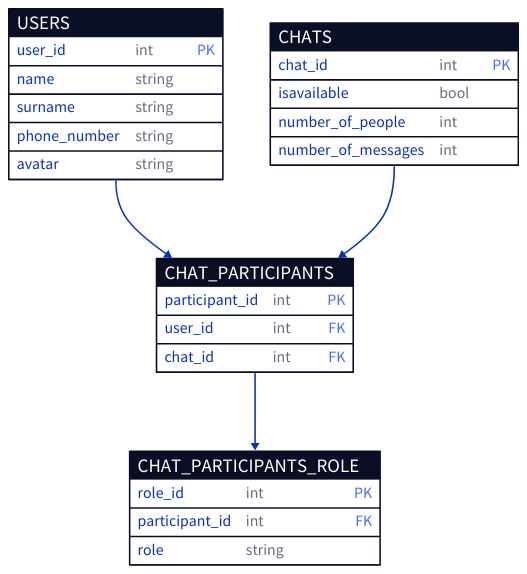
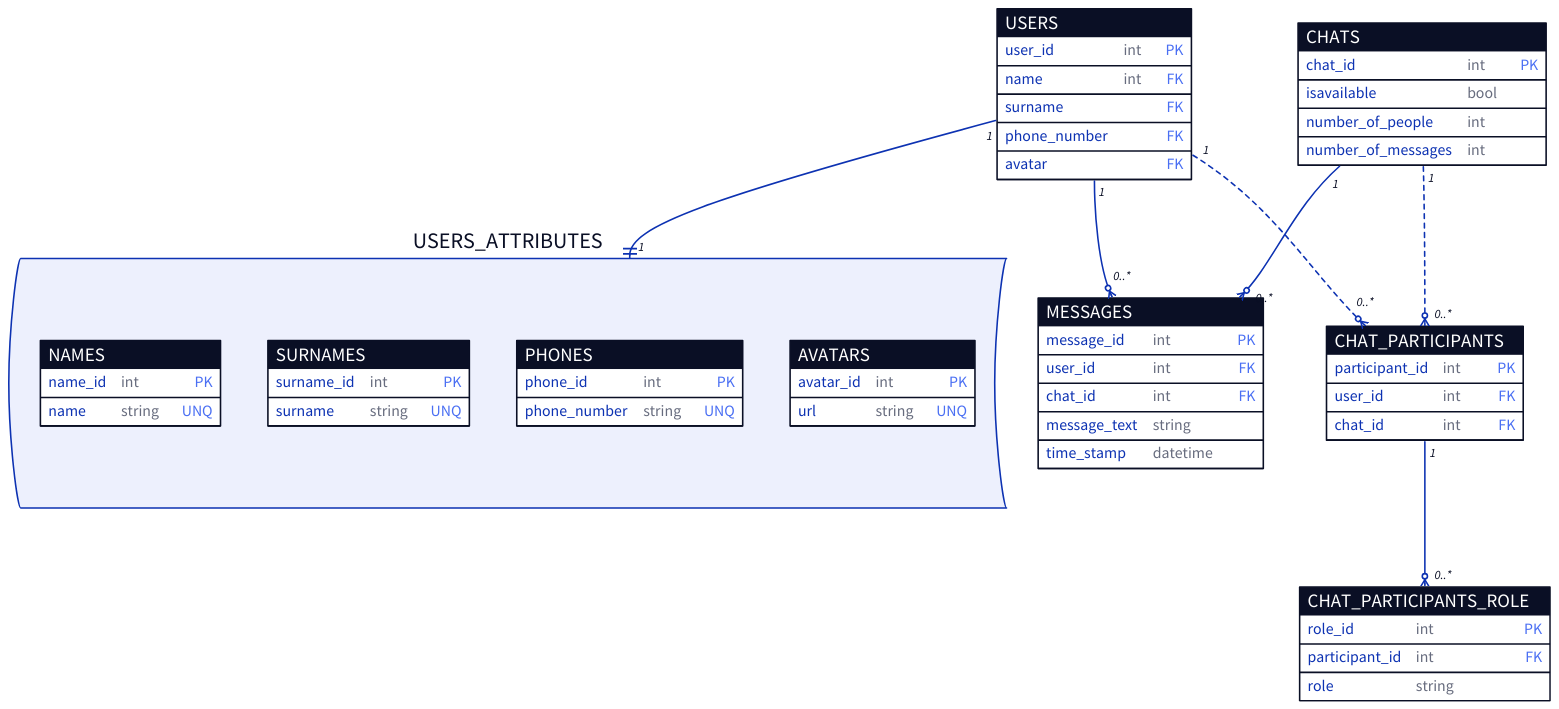
The diagram in db_schema.d2 (ArtemBatkov/SAM-Database-Messanger-Schema), drawn with D2 before and after one commit.

Commit message:
Branch #1 Version 1.0
Commit #2
What's new:
- Mostly contains schema improvements
- Added new entites
- Lines start-end type were changed. Now, more sql standard type is used

```diff
--- a/db_schema.d2
+++ b/db_schema.d2
@@ -1,48 +1,160 @@
+#MAIN ENTITIES
 USERS: {
   shape: sql_table
 
   # FIELDS
   user_id: int {constraint: primary_key}
-  name: string
-  surname: string
-  phone_number: string
-  avatar: string
+  name: int {constraint: foreign_key}
+  surname: {constraint: foreign_key}
+  phone_number: {constraint: foreign_key}
+  avatar: {constraint: foreign_key}
   # ...
 }
 
 CHATS: {
   shape: sql_table
 
   # FIELDS
   chat_id: int {constraint: primary_key}
   isavailable: bool
   number_of_people: int
   number_of_messages: int
   # ...
 }
 
 # Merged table of user-chat -- many-to-many
 CHAT_PARTICIPANTS: {
   shape: sql_table
 
   # FIELDS
   participant_id: int {constraint: primary_key}
   user_id: int {constraint: foreign_key}
   chat_id: int {constraint: foreign_key}
   # ...
 }
 
 CHAT_PARTICIPANTS_ROLE: {
   shape: sql_table
 
   role_id: int {constraint: primary_key}
   participant_id: int {constraint: foreign_key}
   role: string
 }
 
+MESSAGES: {
+  #Represents a message entity
+  shape: sql_table
+  
+  #FIELDS
+  message_id: int {constraint: primary_key}
+  user_id: int {constraint: foreign_key}
+  chat_id: int{constraint: foreign_key}
+  message_text: string
+  time_stamp: datetime
+}
 
 
-USERS -> CHAT_PARTICIPANTS
-CHATS -> CHAT_PARTICIPANTS
+# RELATIONSHIPS
 
-CHAT_PARTICIPANTS -> CHAT_PARTICIPANTS_ROLE
+USERS ->  USERS_ATTRIBUTES:{
+  source-arrowhead: 1
+  target-arrowhead: 1 {
+    shape: cf-one-required
+    style.filled: true
+  } 
+}
+
+
+ 
+USERS -> CHAT_PARTICIPANTS:{
+  style: {
+    stroke-dash: 3   
+  }
+  source-arrowhead: 1
+  target-arrowhead: 0..* {
+    shape: cf-many
+    style.filled: true    
+  } 
+}
+
+CHATS ->CHAT_PARTICIPANTS:{
+  style: {
+    stroke-dash: 3   
+  }
+  source-arrowhead: 1
+  target-arrowhead: 0..* {
+    shape: cf-many
+    style.filled: true
+  } 
+}
+
+
+CHAT_PARTICIPANTS -> CHAT_PARTICIPANTS_ROLE:{
+  source-arrowhead: 1
+  target-arrowhead: 0..* {
+    shape: cf-many
+    style.filled: true
+  } 
+}
+
+
+USERS -> MESSAGES:{
+  source-arrowhead: 1
+  target-arrowhead: 0..* {
+    shape: cf-many
+    style.filled: true
+  } 
+}
+
+ 
+ 
+
+CHATS -> MESSAGES:{
+  source-arrowhead: 1
+  target-arrowhead: 0..* {
+    shape: cf-many
+    style.filled: true
+  } 
+}
+
+# ISOLATED TABLES
+
+USERS_ATTRIBUTES: { 
+  #Kepps users attributes like name, surname, phone, avatar etc.
+  
+  shape: stored_data
+
+
+  NAMES: { 
+    #keeps the table of various names
+    shape: sql_table
+
+    name_id: int {constraint: primary_key}
+    name: string {constraint: unique}
+  }
+
+  SURNAMES: {
+    #keeps the table of various surnames
+    shape: sql_table
+
+    surname_id: int {constraint: primary_key}
+    surname: string {constraint: unique}
+  }
+
+  PHONES:{
+    #keeps the table of unique phones
+    shape: sql_table
+
+    phone_id: int {constraint: primary_key}
+    phone_number: string {constraint: unique}
+  }
+
+  AVATARS:{
+    #keeps the table of avatars
+    shape: sql_table
+
+    avatar_id: int {constraint: primary_key}
+    url: string {constraint: unique}
+  }
+
+}
```
